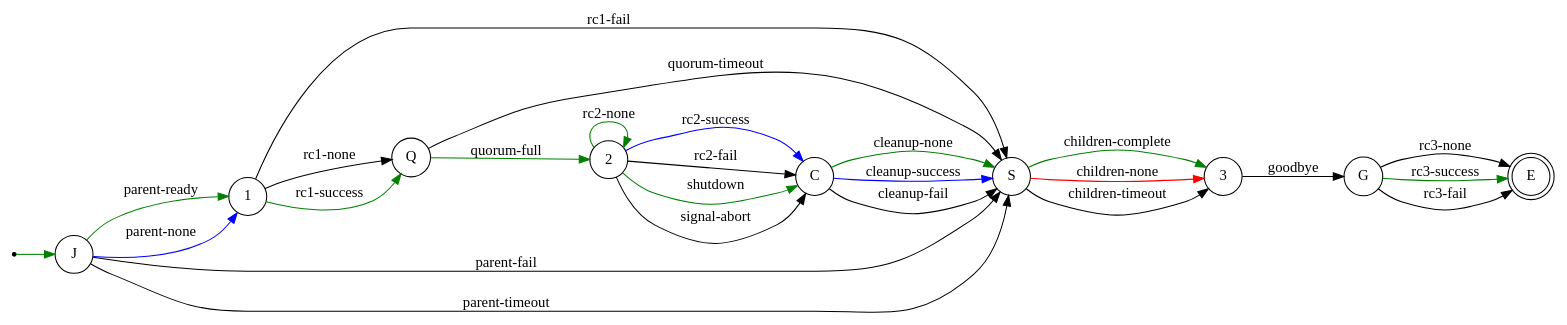
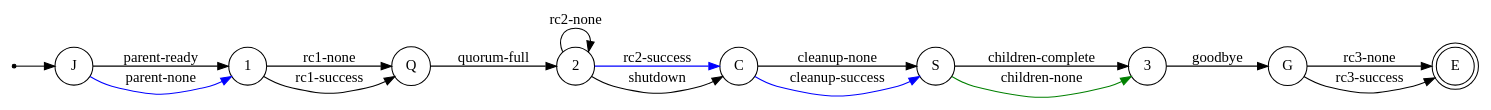
Before and after one commit to flux-framework/flux-core: the diagram in doc/guide/images/states_norm.dot, drawn with Graphviz. The commit also changed 1 other file, not shown here.

Commit message:
doc: simplify "normal" broker state diagram
Problem: the "normal" broker state transition diagram in the broker
internals guide is too busy.

Strip out the exception edges for readability.

```diff
--- a/doc/guide/images/states_norm.dot
+++ b/doc/guide/images/states_norm.dot
@@ -1,35 +1,26 @@
 // Usage: dot -Tpng file.dot -o file.png
 
 digraph finite_state_machine {
     rankdir=LR;
 
     node [shape = point ]; N
     node [shape = doublecircle ]; E
 
     node [shape = circle];
-    N -> J [ color= "green" ];
-    J -> 1 [ label = "parent-ready", color = "green" ];
+    N -> J;
+    J -> 1 [ label = "parent-ready" ];
     J -> 1 [ label = "parent-none", color = "blue" ];
-    J -> S [ label = "parent-fail" ];
-    J -> S [ label = "parent-timeout" ];
     1 -> Q [ label = "rc1-none" ];
-    1 -> Q [ label = "rc1-success", color = "green" ];
-    Q -> 2 [ label = "quorum-full", color = "green" ];
-    Q -> S [ label = "quorum-timeout" ];
-    1 -> S [ label = "rc1-fail" ];
-    2 -> 2 [ label = "rc2-none", color = "green" ];
+    1 -> Q [ label = "rc1-success" ];
+    Q -> 2 [ label = "quorum-full" ];
+    2 -> 2 [ label = "rc2-none" ];
     2 -> C [ label = "rc2-success", color = "blue" ];
-    2 -> C [ label = "rc2-fail" ];
-    2 -> C [ label = "shutdown", color = "green" ];
-    2 -> C [ label = "signal-abort" ];
-    C -> S [ label = "cleanup-none", color = "green" ];
+    2 -> C [ label = "shutdown" ];
+    C -> S [ label = "cleanup-none" ];
     C -> S [ label = "cleanup-success", color = "blue" ];
-    C -> S [ label = "cleanup-fail" ];
-    S -> 3 [ label = "children-complete", color = "green" ];
-    S -> 3 [ label = "children-none", color = "red" ];
-    S -> 3 [ label = "children-timeout" ];
+    S -> 3 [ label = "children-complete" ];
+    S -> 3 [ label = "children-none", color = "green" ];
     3 -> G [ label = "goodbye" ];
     G -> E [ label = "rc3-none" ];
-    G -> E [ label = "rc3-success", color = "green" ];
-    G -> E [ label = "rc3-fail" ];
+    G -> E [ label = "rc3-success" ];
 }
```
